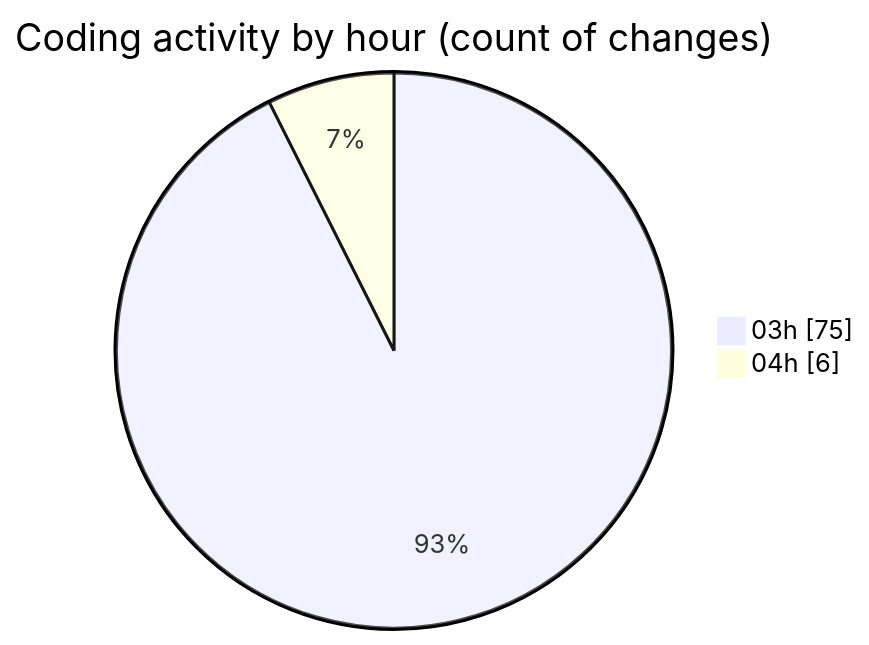
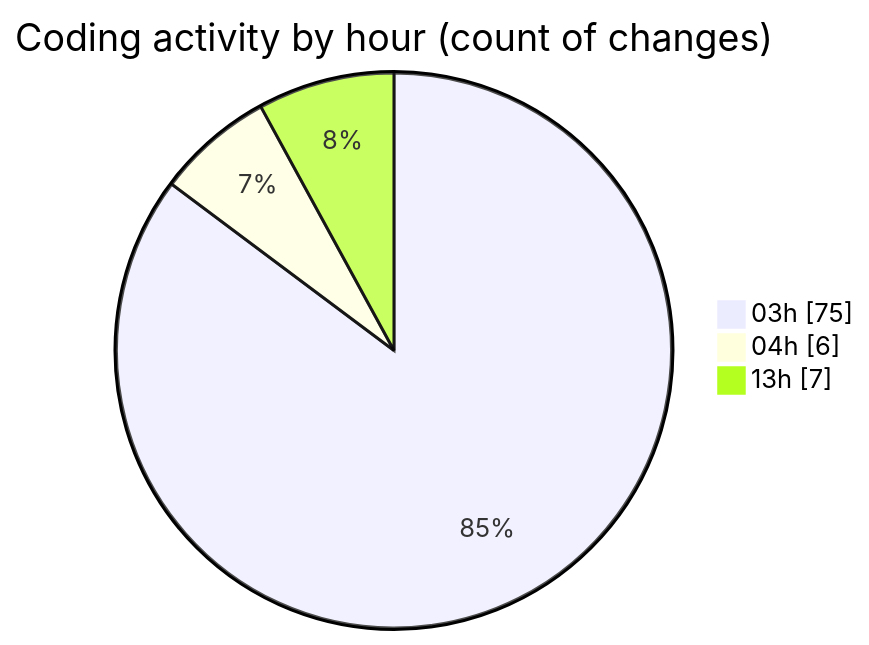
The second of 2 diagrams in repositories/2024-12-28/leetcode-solutions/README.md (ernivani/code-tracking), drawn with Mermaid before and after one commit. The commit also changed other lines of this file and 1 other file, not shown here.

````diff
--- a/repositories/2024-12-28/leetcode-solutions/README.md
+++ b/repositories/2024-12-28/leetcode-solutions/README.md
@@ -49,6 +51,7 @@
 ```mermaid
 pie showData
 title Coding activity by hour (count of changes)
 "03h" : 75
 "04h" : 6
+"13h" : 7
 ```
````
